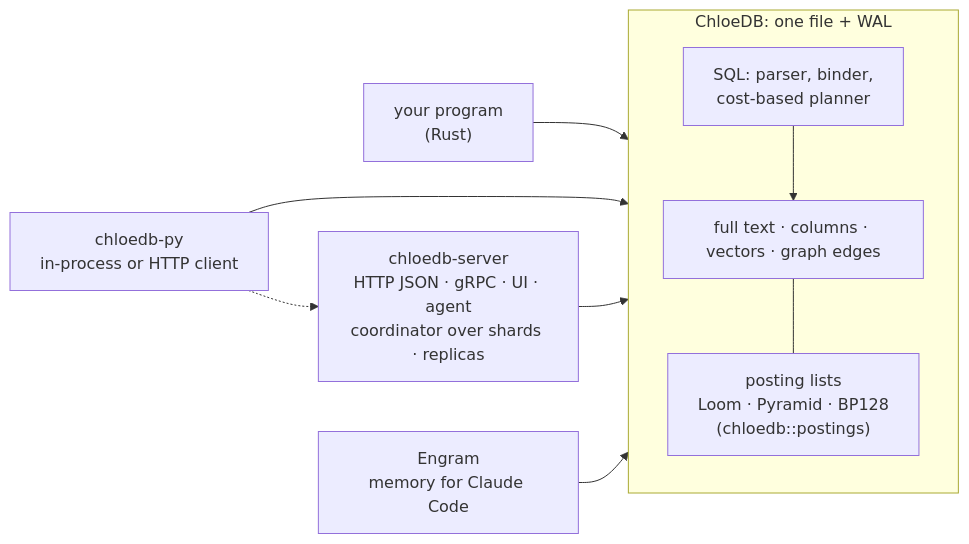
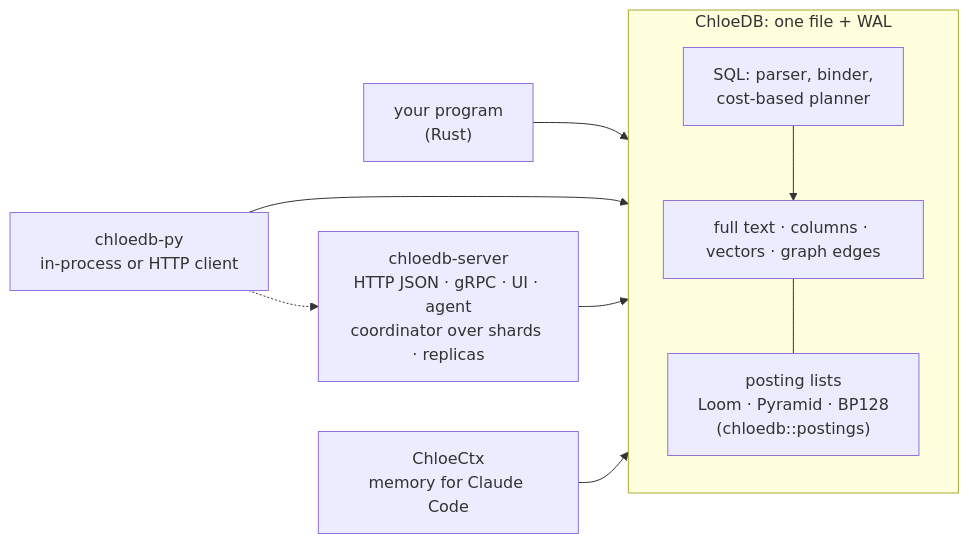
Before and after one commit to chloetech-ai/chloedb: the first of 2 diagrams in README.md, drawn with Mermaid. The commit also changed other lines of this file and 1087 other files, not shown here.

First line of the commit message:
Rename Engram to ChloeCtx: move the folder, the crate and the programs (scripted)

````diff
--- a/README.md
+++ b/README.md
@@ -46,13 +46,13 @@
 ```mermaid
 flowchart LR
     subgraph LIB["ChloeDB: one file + WAL"]
         direction TB
         SQL["SQL: parser, binder,<br/>cost-based planner"] --> IDX["full text · columns · vectors · graph edges"]
         IDX --- PB["posting lists<br/>Loom · Pyramid · BP128<br/>(chloedb::postings)"]
     end
     APP["your program<br/>(Rust)"] --> LIB
     PY["chloedb-py<br/>in-process or HTTP client"] --> LIB
     PY -.-> SRV
     SRV["chloedb-server<br/>HTTP JSON · gRPC · UI · agent<br/>coordinator over shards · replicas"] --> LIB
-    EN["Engram<br/>memory for Claude Code"] --> LIB
+    EN["ChloeCtx<br/>memory for Claude Code"] --> LIB
 ```
````
